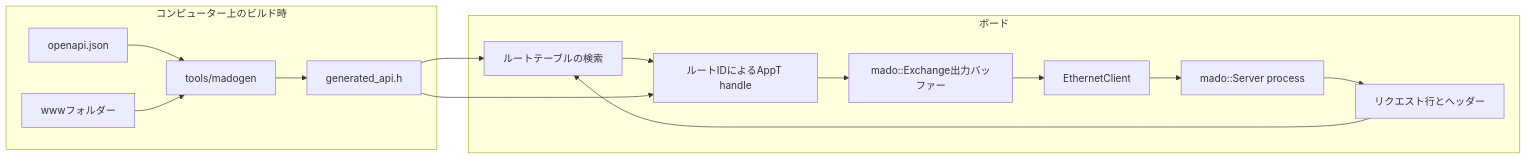
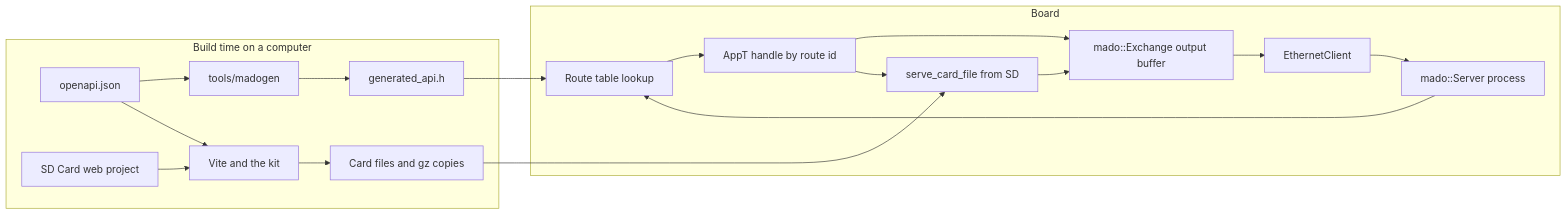
One commit to gufranco/madoguchi changed the diagram in README.ja.md. Above: the diagram before and after it, drawn with Mermaid. The commit also changed other lines of this file and 121 other files, not shown here.

````diff
--- a/README.ja.md
+++ b/README.ja.md
@@ -182,18 +197,21 @@
 ```mermaid
 graph LR
-    subgraph コンピューター上のビルド時
+    subgraph Build time on a computer
         Spec[openapi.json] --> Gen[tools/madogen]
-        Site[wwwフォルダー] --> Gen
         Gen --> Header[generated_api.h]
+        Pages[SD Card web project] --> Vite[Vite and the kit]
+        Spec --> Vite
+        Vite --> Card[Card files and gz copies]
     end
-    subgraph ボード
+    subgraph Board
         Client[EthernetClient] --> Server[mado::Server process]
-        Server --> Parse[リクエスト行とヘッダー]
-        Parse --> Lookup[ルートテーブルの検索]
-        Lookup --> App[ルートIDによるAppT handle]
-        App --> Exchange[mado::Exchange出力バッファー]
+        Server --> Lookup[Route table lookup]
+        Lookup --> App[AppT handle by route id]
+        App --> Exchange[mado::Exchange output buffer]
+        App --> SD[serve_card_file from SD]
+        SD --> Exchange
         Exchange --> Client
     end
     Header --> Lookup
-    Header --> App
+    Card --> SD
 ```
````
